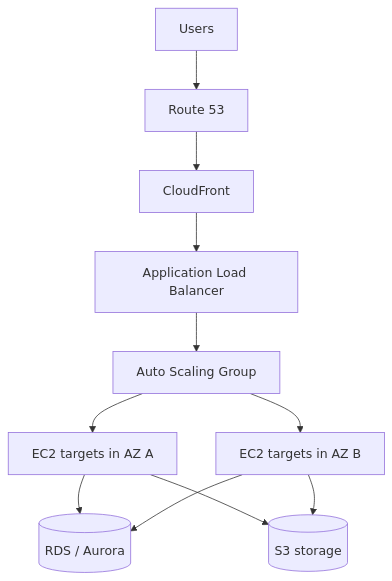
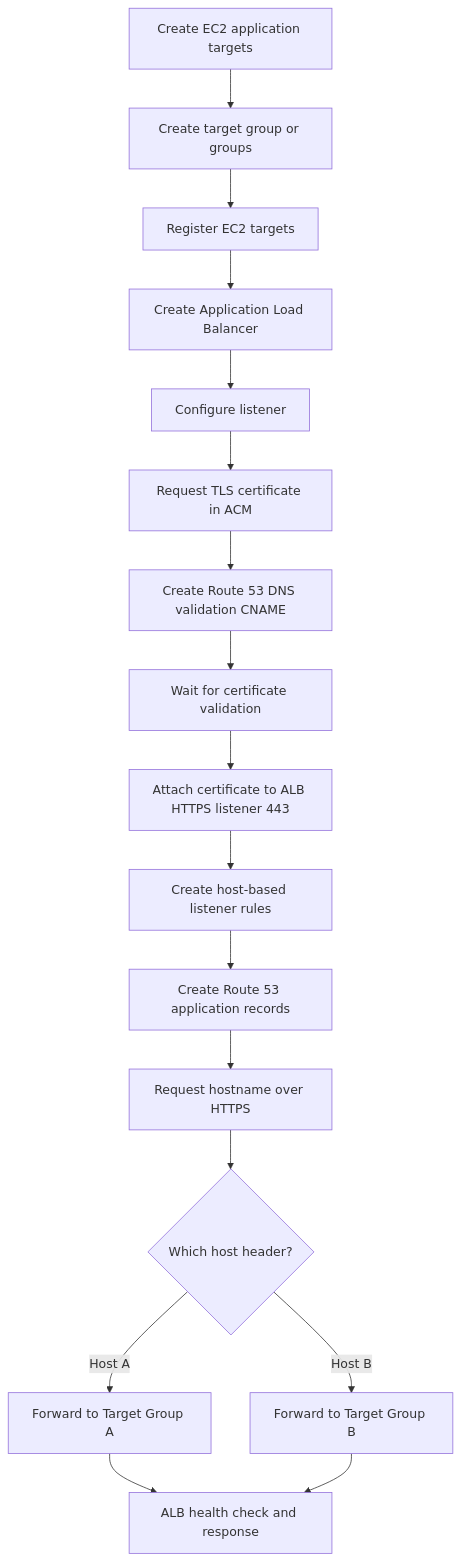
Before and after one commit to Viggy06/aws_devops_learning_documentation: the third of 12 diagrams in README.md, drawn with Mermaid. The commit also changed other lines of this file, not shown here.

````diff
--- a/README.md
+++ b/README.md
@@ -202,13 +259,19 @@
 ```mermaid
 flowchart TD
-    User[Users] --> DNS[Route 53]
-    DNS --> CDN[CloudFront]
-    CDN --> ALB[Application Load Balancer]
-    ALB --> ASG[Auto Scaling Group]
-    ASG --> A[EC2 targets in AZ A]
-    ASG --> B[EC2 targets in AZ B]
-    A --> DB[(RDS / Aurora)]
-    B --> DB
-    A --> S3[(S3 storage)]
-    B --> S3
+    A[Create EC2 application targets] --> B[Create target group or groups]
+    B --> C[Register EC2 targets]
+    C --> D[Create Application Load Balancer]
+    D --> E[Configure listener]
+    E --> F[Request TLS certificate in ACM]
+    F --> G[Create Route 53 DNS validation CNAME]
+    G --> H[Wait for certificate validation]
+    H --> I[Attach certificate to ALB HTTPS listener 443]
+    I --> J[Create host-based listener rules]
+    J --> K[Create Route 53 application records]
+    K --> L[Request hostname over HTTPS]
+    L --> M{Which host header?}
+    M -- Host A --> N[Forward to Target Group A]
+    M -- Host B --> O[Forward to Target Group B]
+    N --> P[ALB health check and response]
+    O --> P
 ```
````
